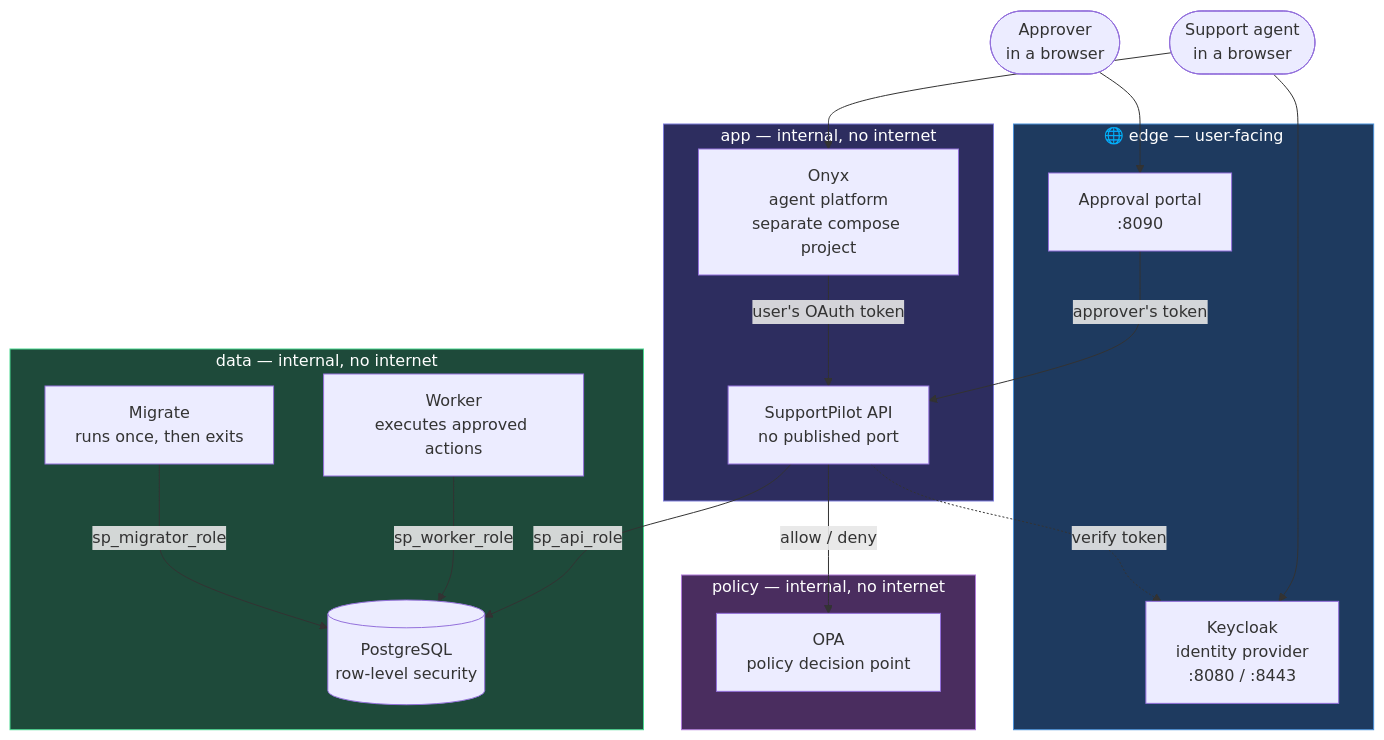
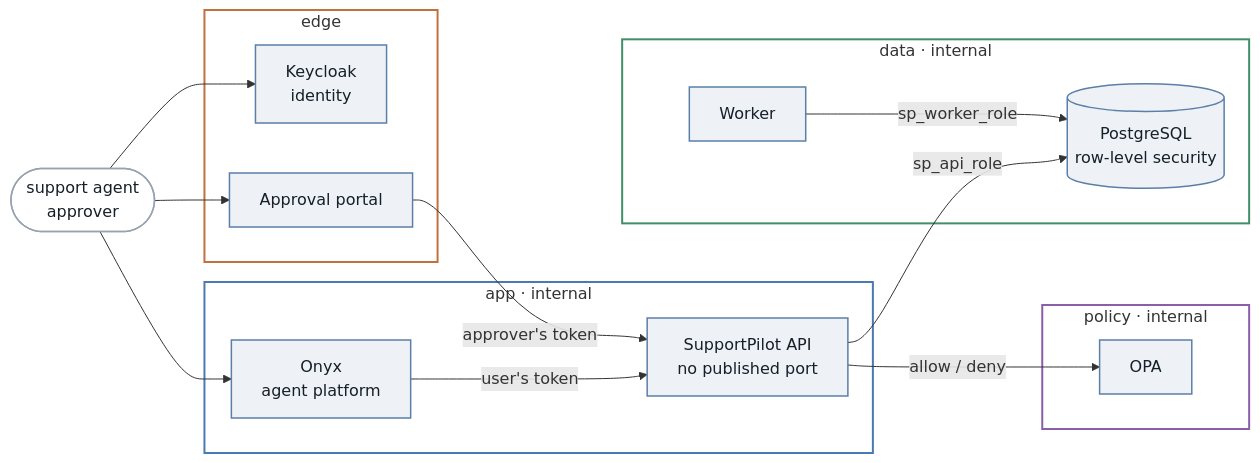
Before and after one commit to bentalem/Assume-the-Model-Is-Compromised: the first of 5 diagrams in docs/architecture/README.md, drawn with Mermaid. The commit also changed other lines of this file and 14 other files, not shown here.

````diff
--- a/docs/architecture/README.md
+++ b/docs/architecture/README.md
@@ -19,42 +18,41 @@
 ```mermaid
-flowchart TB
-    user([Support agent<br/>in a browser])
-    approver([Approver<br/>in a browser])
+flowchart LR
+    users(["support agent<br/>approver"])
 
-    subgraph edge["🌐 edge — user-facing"]
-        keycloak[Keycloak<br/>identity provider<br/>:8080 / :8443]
-        portal[Approval portal<br/>:8090]
+    subgraph EDGE["edge"]
+        kc["Keycloak<br/>identity"]
+        portal["Approval portal"]
     end
 
-    subgraph app["app — internal, no internet"]
-        onyx[Onyx<br/>agent platform<br/>separate compose project]
-        api[SupportPilot API<br/>no published port]
+    subgraph APP["app · internal"]
+        onyx["Onyx<br/>agent platform"]
+        api["SupportPilot API<br/>no published port"]
     end
 
-    subgraph policy["policy — internal, no internet"]
-        opa[OPA<br/>policy decision point]
+    subgraph POL["policy · internal"]
+        opa["OPA"]
     end
 
-    subgraph data["data — internal, no internet"]
-        pg[(PostgreSQL<br/>row-level security)]
-        worker[Worker<br/>executes approved actions]
-        migrate[Migrate<br/>runs once, then exits]
+    subgraph DATA["data · internal"]
+        pg[("PostgreSQL<br/>row-level security")]
+        worker["Worker"]
     end
 
-    user --> keycloak
-    user --> onyx
-    approver --> portal
-
-    onyx -->|"user's OAuth token"| api
+    users --> kc
+    users --> portal
+    users --> onyx
+    onyx -->|"user's token"| api
     portal -->|"approver's token"| api
     api -->|"allow / deny"| opa
     api -->|"sp_api_role"| pg
     worker -->|"sp_worker_role"| pg
-    migrate -->|"sp_migrator_role"| pg
-    api -.->|"verify token"| keycloak
 
-    style edge fill:#1e3a5f,stroke:#4a90d9,color:#fff
-    style app fill:#2d2d5f,stroke:#7b7bd9,color:#fff
-    style policy fill:#4a2d5f,stroke:#b07bd9,color:#fff
-    style data fill:#1e4a3a,stroke:#4ad990,color:#fff
+    classDef box fill:#eef2f7,stroke:#5b7fa6,stroke-width:1.5px,color:#152028
+    classDef act fill:#ffffff,stroke:#98a2ae,stroke-width:1.5px,color:#152028
+    class kc,portal,onyx,api,opa,pg,worker box
+    class users act
+    style EDGE fill:none,stroke:#c2703d,stroke-width:2px
+    style APP fill:none,stroke:#4a7ab5,stroke-width:2px
+    style POL fill:none,stroke:#8b5fa8,stroke-width:2px
+    style DATA fill:none,stroke:#3f8f6b,stroke-width:2px
 ```
````
